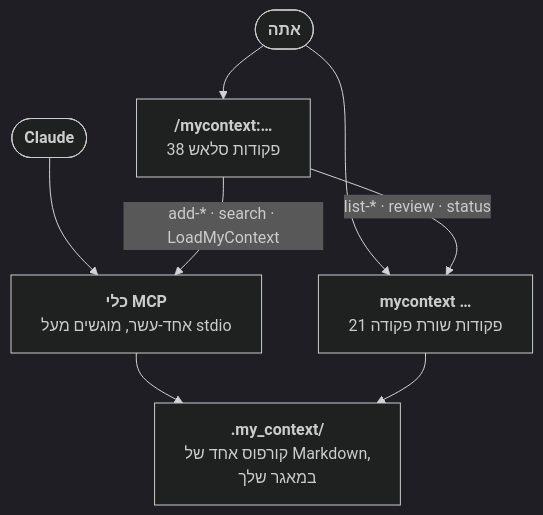
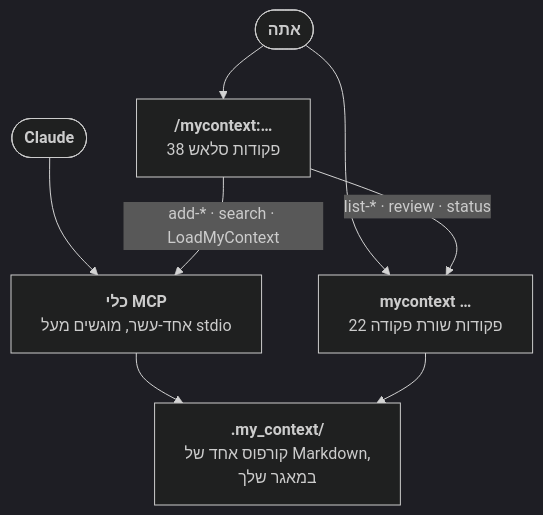
Before and after one commit to Dudi-Bar-On/my-context: the fourth of 5 diagrams in docs/README.he.md, drawn with Mermaid (dark theme). The commit also changed other lines of this file and 11 other files, not shown here.

````diff
--- a/docs/README.he.md
+++ b/docs/README.he.md
@@ -639,10 +639,10 @@
 ```mermaid
 flowchart TB
   U(["<b>אתה</b>"]) --> SL["<b>/mycontext:…</b><br/>38 פקודות סלאש"]
-  U --> CL["<b>mycontext …</b><br/>21 פקודות שורת פקודה"]
+  U --> CL["<b>mycontext …</b><br/>22 פקודות שורת פקודה"]
   A(["<b>Claude</b>"]) --> TL["<b>כלי MCP</b><br/>אחד-עשר, מוגשים מעל stdio"]
   SL -->|"add-* · search · LoadMyContext"| TL
   SL -->|"list-* · review · status"| CL
   TL --> CO["<b>.my_context/</b><br/>קורפוס אחד של Markdown,<br/>במאגר שלך"]
   CL --> CO
 ```
````
